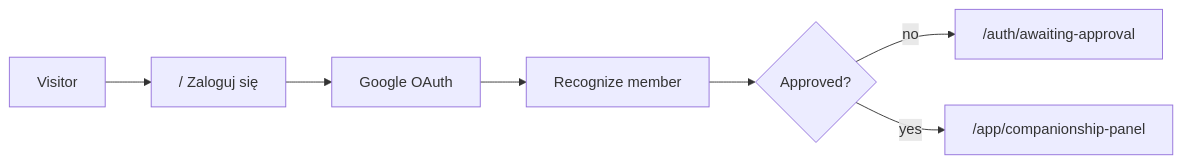
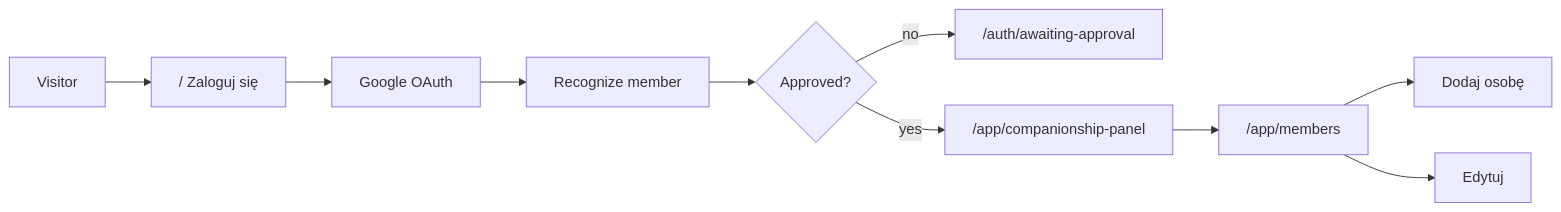
Before and after one commit to greg-latuszek/emma-companionship: the first of 2 diagrams in docs/README.md, drawn with Mermaid. The commit also changed other lines of this file and 5 other files, not shown here.

````diff
--- a/docs/README.md
+++ b/docs/README.md
@@ -9,9 +9,12 @@
 ```mermaid
 flowchart LR
   visitor[Visitor] --> home["/ Zaloguj się"]
   home --> google[Google OAuth]
   google --> recognize[Recognize member]
   recognize --> pending{Approved?}
   pending -->|no| wait["/auth/awaiting-approval"]
   pending -->|yes| panel["/app/companionship-panel"]
+  panel --> members["/app/members"]
+  members --> add["Dodaj osobę"]
+  members --> edit["Edytuj"]
 ```
````
